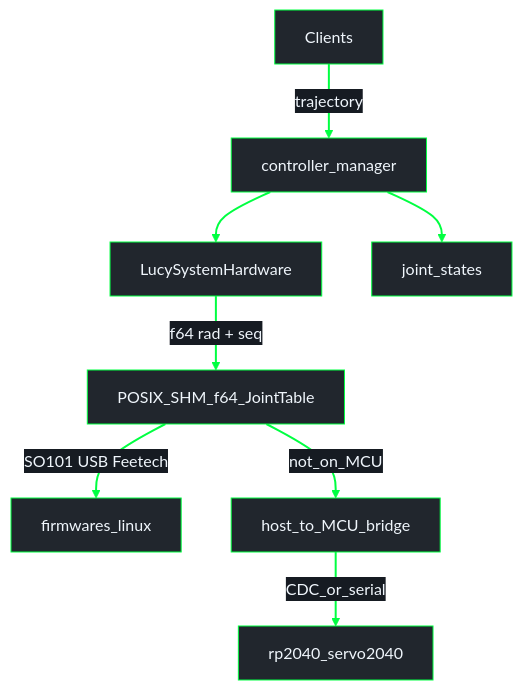
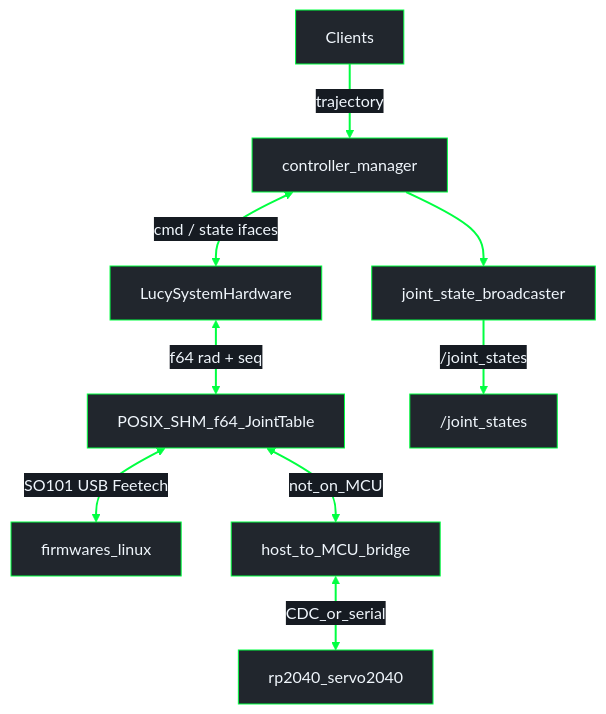
One commit to Lucy-Robotics/lucy_ros_packages changed the second of 2 diagrams in docs/architecture/pipeline_shm.md. Above: the diagram before and after it, drawn with Mermaid. The commit also changed other lines of this file and 1 other file, not shown here.

Commit message:
evol(architecture): bidirectional SHM edges; clarify joint_state_broadcaster

````diff
--- a/docs/architecture/pipeline_shm.md
+++ b/docs/architecture/pipeline_shm.md
@@ -42,21 +44,22 @@
 ```mermaid
 %%{init: {"theme": "base", "themeVariables": {"darkMode": true, "background": "#0d1117", "mainBkg": "#21262d", "primaryColor": "#21262d", "primaryTextColor": "#f0f6fc", "primaryBorderColor": "#00FF41", "secondaryColor": "#161b22", "secondaryTextColor": "#f0f6fc", "secondaryBorderColor": "#00FF41", "tertiaryColor": "#161b22", "tertiaryTextColor": "#f0f6fc", "tertiaryBorderColor": "#00FF41", "lineColor": "#00FF41", "textColor": "#f0f6fc", "nodeTextColor": "#f0f6fc", "edgeLabelBackground": "#161b22", "clusterBkg": "#0d1117", "clusterBorder": "#00FF41", "titleColor": "#f0f6fc"}}}%%
 flowchart TB
   Clients["Clients"]
   CM["controller_manager"]
   HI["LucySystemHardware"]
   SHM["POSIX_SHM_f64_JointTable"]
   LinuxFW["firmwares_linux"]
   Bridge["host_to_MCU_bridge"]
   FW["rp2040_servo2040"]
-  JS["joint_states"]
+  JS["joint_state_broadcaster"]
 
   Clients -->|"trajectory"| CM
-  CM --> HI
+  CM <-->|"cmd / state ifaces"| HI
   CM --> JS
-  HI -->|"f64 rad + seq"| SHM
-  SHM -->|"SO101 USB Feetech"| LinuxFW
-  SHM -->|"not_on_MCU"| Bridge
-  Bridge -->|"CDC_or_serial"| FW
+  JS -->|"/joint_states"| Topic["/joint_states"]
+  HI <-->|"f64 rad + seq"| SHM
+  SHM <-->|"SO101 USB Feetech"| LinuxFW
+  SHM <-->|"not_on_MCU"| Bridge
+  Bridge <-->|"CDC_or_serial"| FW
   linkStyle default stroke:#00FF41,stroke-width:2px
 ```
````
